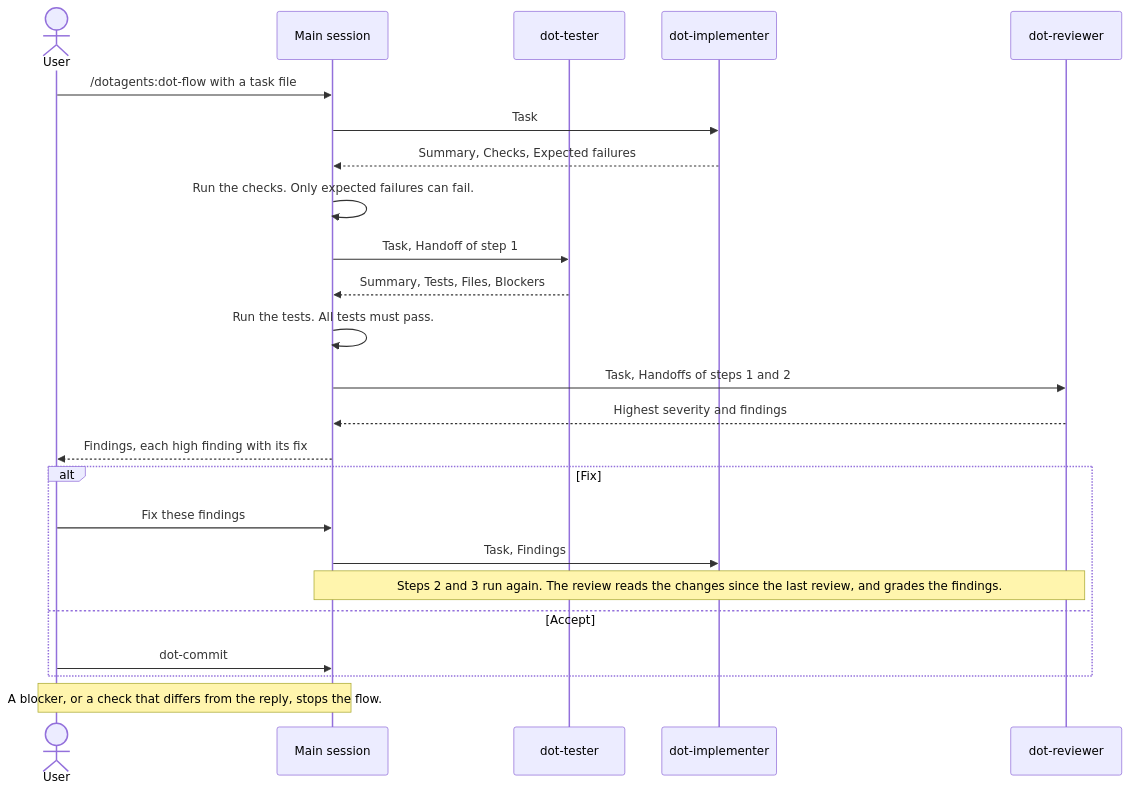
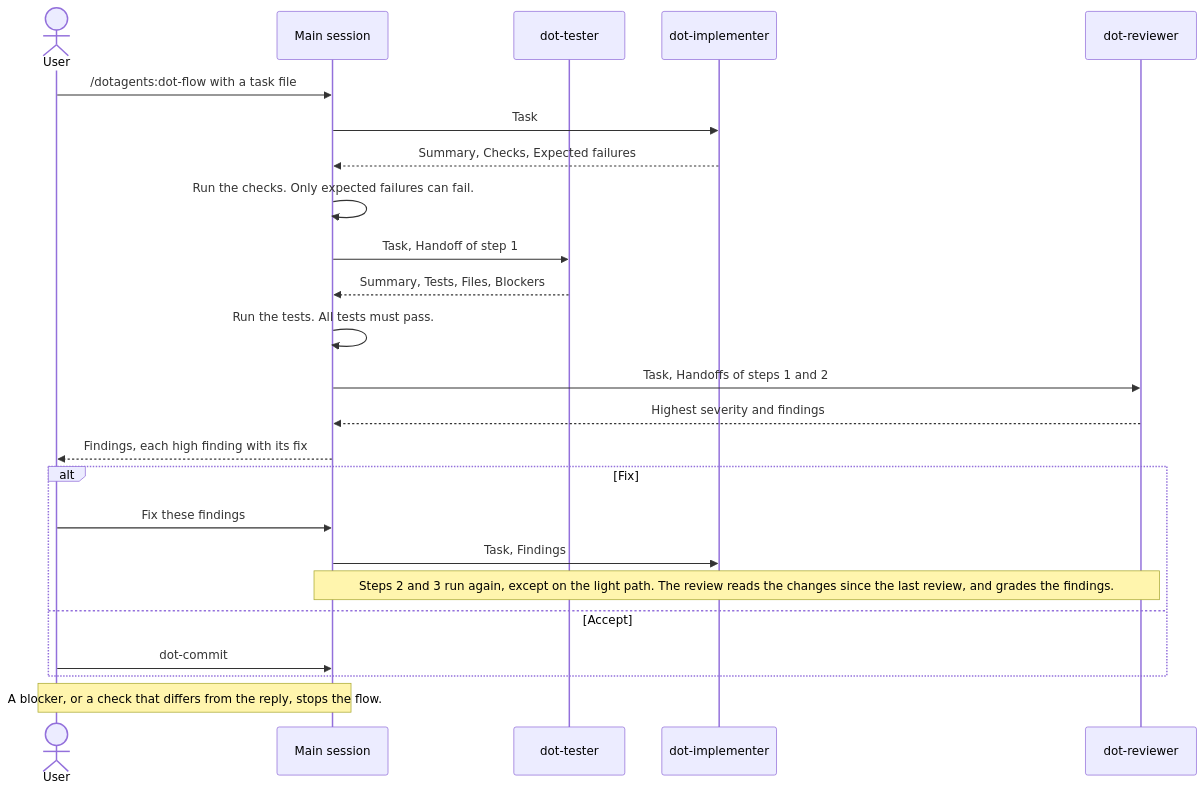
One commit to igorlau/dotagents changed the diagram in docs/guide/04-build.md. Above: the diagram before and after it, drawn with Mermaid. The commit also changed other lines of this file and 7 other files, not shown here.

First line of the commit message:
feat(skills): add a light fix path to dot-flow

````diff
--- a/docs/guide/04-build.md
+++ b/docs/guide/04-build.md
@@ -24,26 +24,26 @@
 ```mermaid
 sequenceDiagram
     actor User
     participant Main as Main session
     participant Tester as dot-tester
     participant Implementer as dot-implementer
     participant Reviewer as dot-reviewer
     User->>Main: /dotagents:dot-flow with a task file
     Main->>Implementer: Task
     Implementer-->>Main: Summary, Checks, Expected failures
     Main->>Main: Run the checks. Only expected failures can fail.
     Main->>Tester: Task, Handoff of step 1
     Tester-->>Main: Summary, Tests, Files, Blockers
     Main->>Main: Run the tests. All tests must pass.
     Main->>Reviewer: Task, Handoffs of steps 1 and 2
     Reviewer-->>Main: Highest severity and findings
     Main-->>User: Findings, each high finding with its fix
     alt Fix
         User->>Main: Fix these findings
         Main->>Implementer: Task, Findings
-        Note over Main,Reviewer: Steps 2 and 3 run again. The review reads the changes since the last review, and grades the findings.
+        Note over Main,Reviewer: Steps 2 and 3 run again, except on the light path. The review reads the changes since the last review, and grades the findings.
     else Accept
         User->>Main: dot-commit
     end
     Note over User,Main: A blocker, or a check that differs from the reply, stops the flow.
 ```
````
